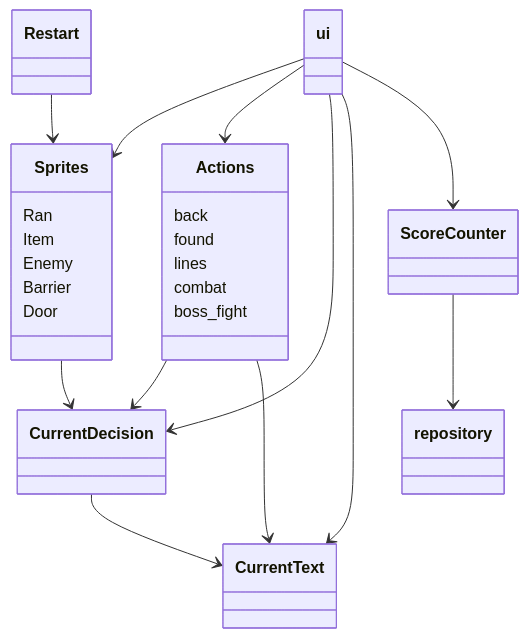
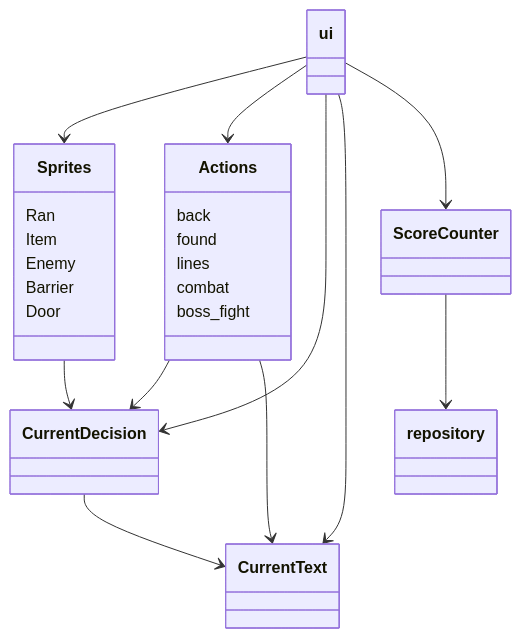
One commit to emlyy/ot-harjoitustyo changed the second of 2 diagrams in dokumentaatio/arkkitehtuuri.md. Above: the diagram before and after it, drawn with Mermaid. The commit also changed other lines of this file, not shown here.

````diff
--- a/dokumentaatio/arkkitehtuuri.md
+++ b/dokumentaatio/arkkitehtuuri.md
@@ -19,28 +27,27 @@
 ```mermaid
  classDiagram
       ui --> Sprites
       class Sprites{
           Ran
           Item
           Enemy
           Barrier
           Door
       }
       ui --> Actions
       class Actions{
           back
           found
           lines
           combat
           boss_fight
       }
       ui --> CurrentDecision
       CurrentDecision --> CurrentText
       ui --> CurrentText
       Sprites --> CurrentDecision
       Actions --> CurrentDecision
       Actions --> CurrentText
-      Restart --> Sprites
       ui --> ScoreCounter
       ScoreCounter --> repository
 ```
````
